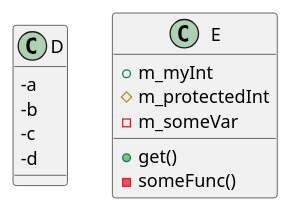
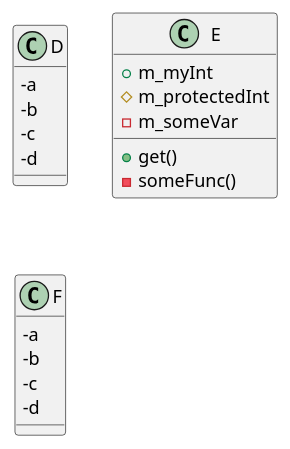
The diagram in test.puml (WagnerMarcel/puml_parser), drawn with PlantUML before and after one commit. The commit also changed 6 other files, not shown here.

```diff
--- a/test.puml
+++ b/test.puml
@@ -1,15 +1,21 @@
 @startuml
 class D {
 -a
 -b
 -c
 -d
 }
 class E {
 +get()
 +m_myInt
 #m_protectedInt
 -someFunc()
 -m_someVar
 }
+class F {
+-a
+-b
+-c
+-d
+}
 @enduml
```
